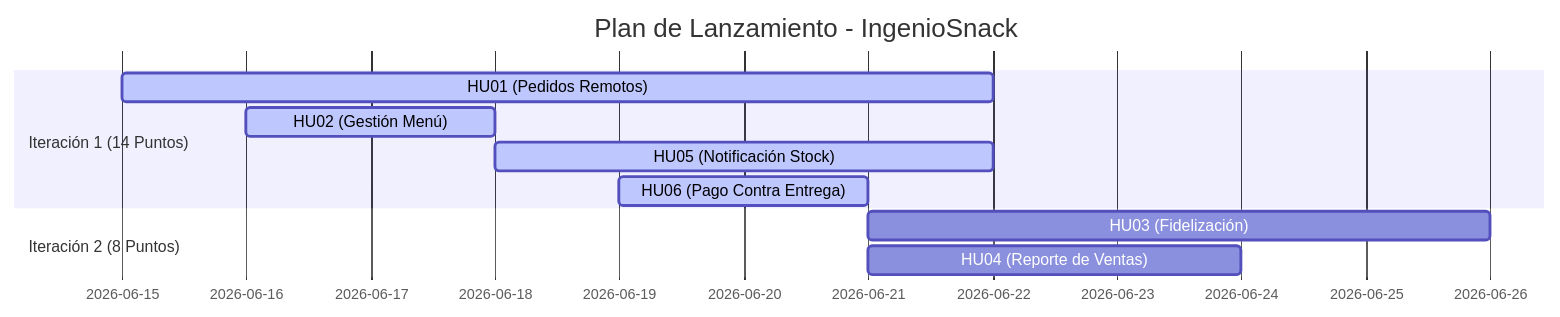
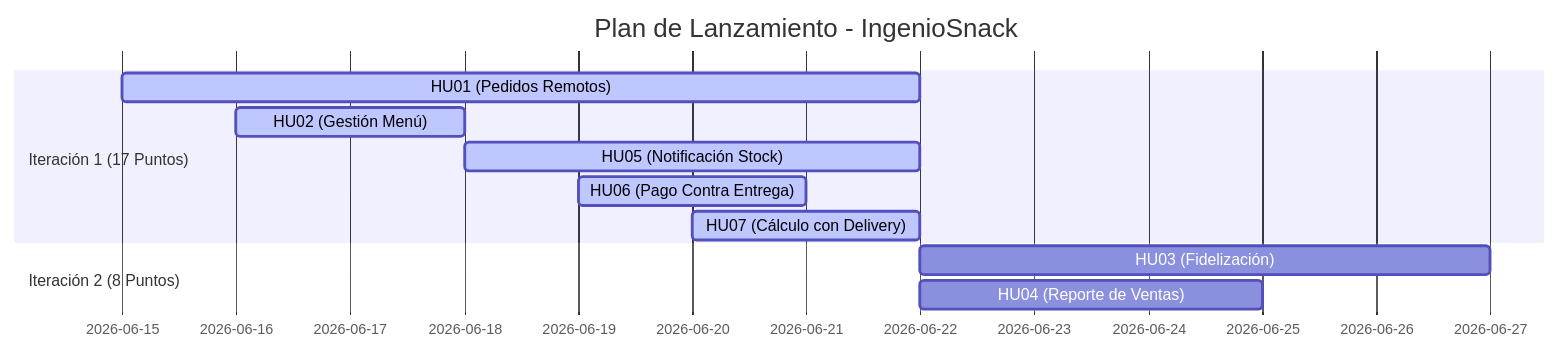
Before and after one commit to Josue-EC04/IngenioSnack: the diagram in docs/HISTORIAS_USUARIO.md, drawn with Mermaid. The commit also changed other lines of this file, not shown here.

Commit message:
docs: agregar HU07 de servicio de delivery y calculo de total

````diff
--- a/docs/HISTORIAS_USUARIO.md
+++ b/docs/HISTORIAS_USUARIO.md
@@ -124,13 +135,14 @@
 ```mermaid
 gantt
     title Plan de Lanzamiento - IngenioSnack
     dateFormat  YYYY-MM-DD
-    section Iteración 1 (14 Puntos)
+    section Iteración 1 (17 Puntos)
     HU01 (Pedidos Remotos)      :active, first_task, 2026-06-15, 7d
     HU02 (Gestión Menú)         :active, second_task, 2026-06-16, 2d
     HU05 (Notificación Stock)   :active, third_task, 2026-06-18, 4d
     HU06 (Pago Contra Entrega)  :active, fourth_task, 2026-06-19, 2d
+    HU07 (Cálculo con Delivery) :active, fifth_task, 2026-06-20, 2d
     section Iteración 2 (8 Puntos)
-    HU03 (Fidelización)         :after fourth_task, 5d
-    HU04 (Reporte de Ventas)    :after fourth_task, 3d
+    HU03 (Fidelización)         :after fifth_task, 5d
+    HU04 (Reporte de Ventas)    :after fifth_task, 3d
 ```
````
